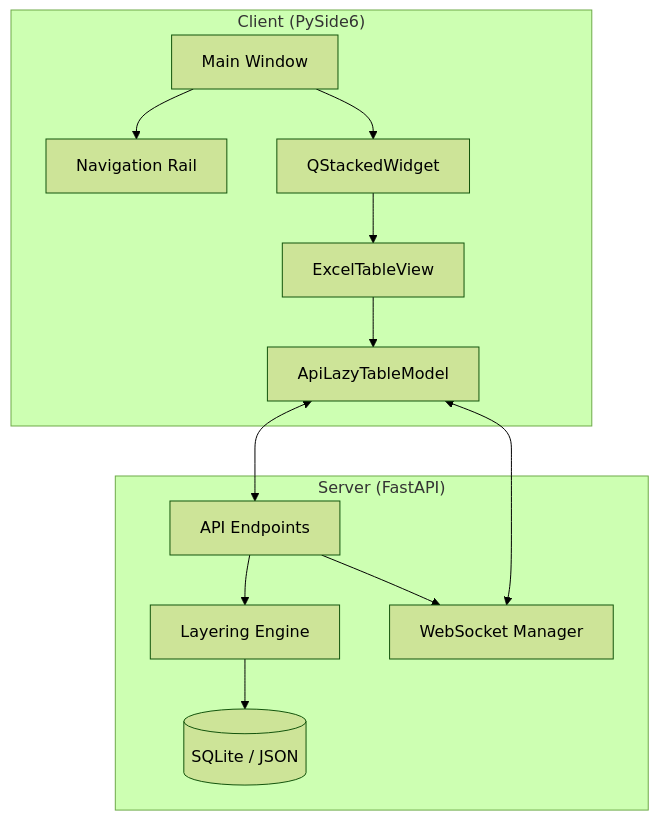
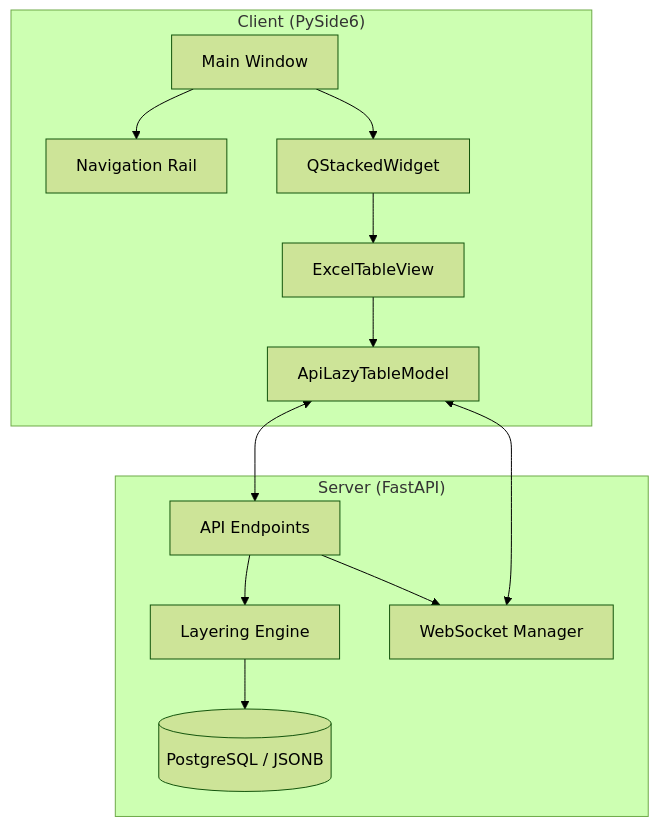
One commit to tiger4432/tableManager changed the diagram in docs/ASSY_MANAGER_BIBLE.md. Above: the diagram before and after it, drawn with Mermaid (forest theme). The commit also changed other lines of this file and 8 other files, not shown here.

````diff
--- a/docs/ASSY_MANAGER_BIBLE.md
+++ b/docs/ASSY_MANAGER_BIBLE.md
@@ -34,18 +34,18 @@
 ```mermaid
 graph TD
     subgraph "Client (PySide6)"
         UI[Main Window] --> Nav[Navigation Rail]
         UI --> Stack[QStackedWidget]
         Stack --> Table[ExcelTableView]
         Table --> Model[ApiLazyTableModel]
     end
 
     subgraph "Server (FastAPI)"
         API[API Endpoints] --> CRUD[Layering Engine]
-        CRUD --> DB[(SQLite / JSON)]
+        CRUD --> DB[(PostgreSQL / JSONB)]
         API --> WS[WebSocket Manager]
     end
 
     Model <--> API
     Model <--> WS
 ```
````
